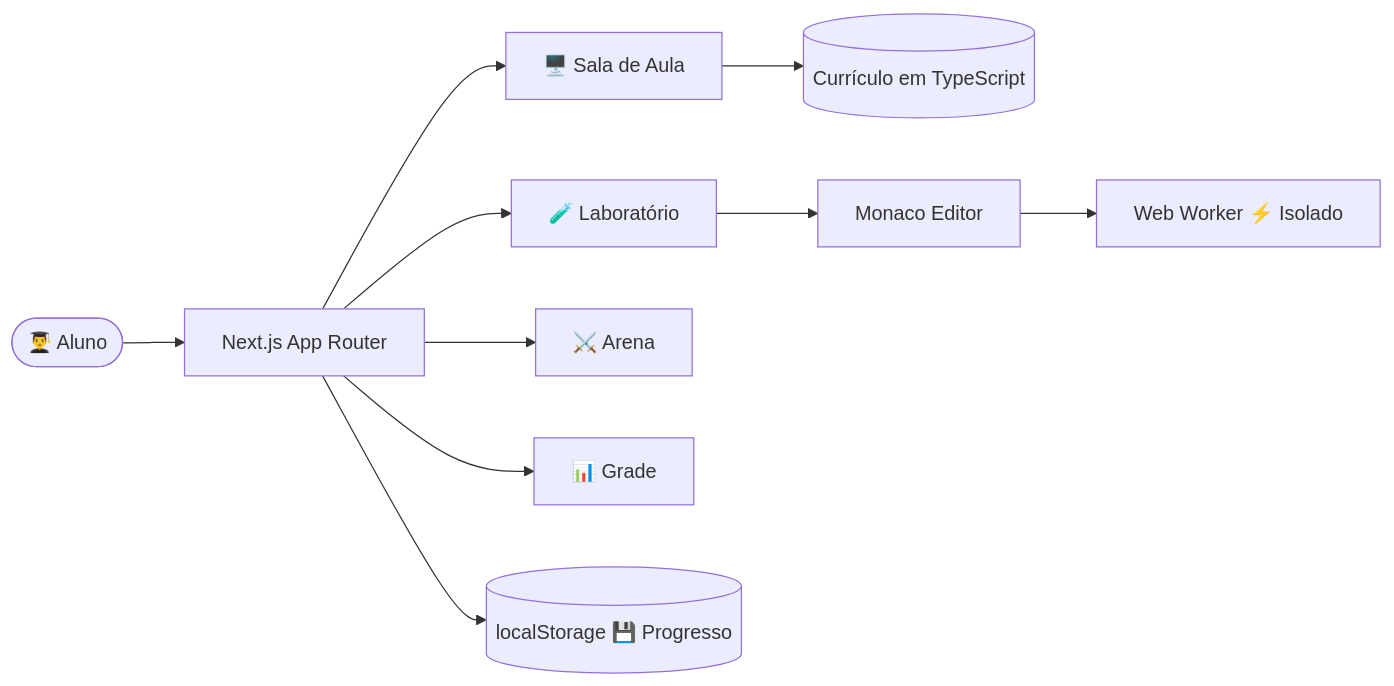
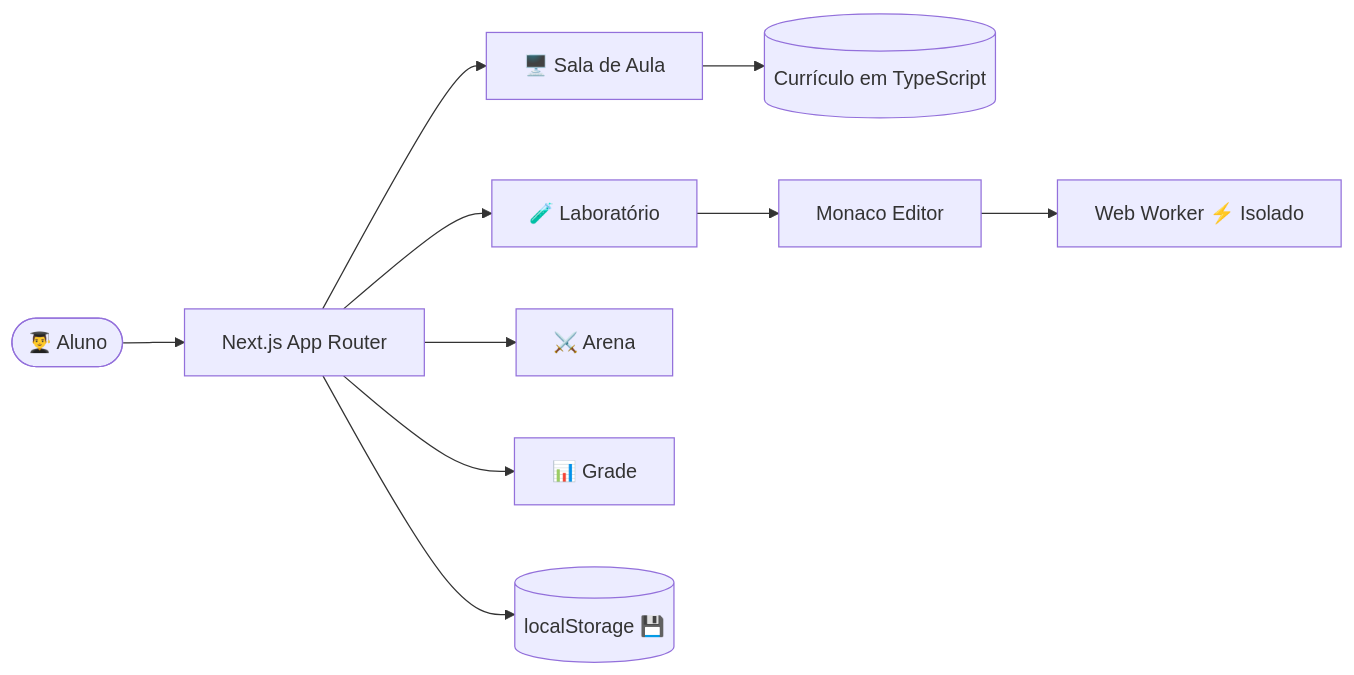
One commit to carloska24/Pratica_Back-End_Senai changed the diagram in README.md. Above: the diagram before and after it, drawn with Mermaid. The commit also changed other lines of this file and 3 other files, not shown here.

Commit message:
feat: redesign completo dos SVGs — banner terminal, roadmap game-style, perfil dev

````diff
--- a/README.md
+++ b/README.md
@@ -278,12 +261,12 @@
 ```mermaid
 flowchart LR
     ALUNO(["👨‍🎓 Aluno"]) --> UI["Next.js App Router"]
     UI --> AULA["🖥️ Sala de Aula"]
     UI --> LAB["🧪 Laboratório"]
     UI --> ARENA["⚔️ Arena"]
     UI --> GRADE["📊 Grade"]
     AULA --> CONTEUDO[("Currículo em TypeScript")]
     LAB --> MONACO["Monaco Editor"]
     MONACO --> WORKER["Web Worker ⚡ Isolado"]
-    UI --> LOCAL[("localStorage 💾 Progresso")]
+    UI --> LOCAL[("localStorage 💾")]
 ```
````
